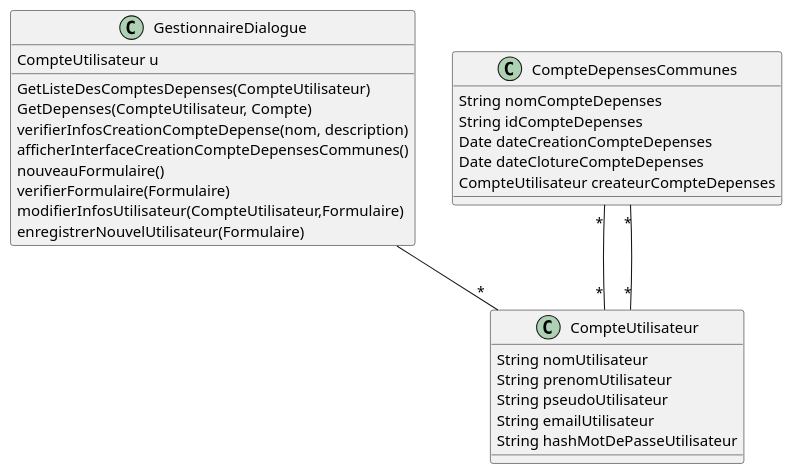
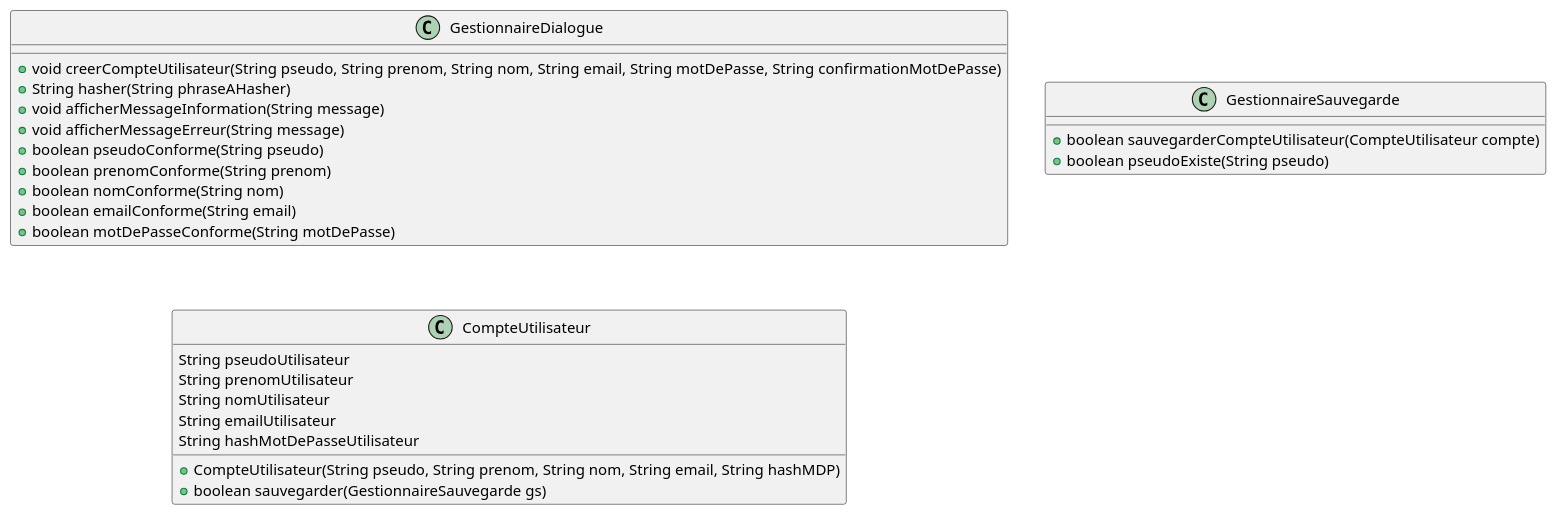
One commit to lmtb06/sharecount changed the diagram in diagrammes/conception/classes.puml. Above: the diagram before and after it, drawn with PlantUML. The commit also changed 2 other files, not shown here.

Commit message:
Mise à jour diagramme de classe de conception

```diff
--- a/diagrammes/conception/classes.puml
+++ b/diagrammes/conception/classes.puml
@@ -1,38 +1,31 @@
 @startuml Classes
 
 	class GestionnaireDialogue {
+		+void creerCompteUtilisateur(String pseudo, String prenom, String nom, String email, String motDePasse, String confirmationMotDePasse)
+		+String hasher(String phraseAHasher)
+		+void afficherMessageInformation(String message)
+		+void afficherMessageErreur(String message)
+		+boolean pseudoConforme(String pseudo)
+		+boolean prenomConforme(String prenom)
+		+boolean nomConforme(String nom)
+		+boolean emailConforme(String email)
+		+boolean motDePasseConforme(String motDePasse)
+	}
 
+	class GestionnaireSauvegarde {
+		+boolean sauvegarderCompteUtilisateur(CompteUtilisateur compte)
+		+boolean pseudoExiste(String pseudo)
 	}
 
 	class CompteUtilisateur {
+		String pseudoUtilisateur
+		String prenomUtilisateur
 		String nomUtilisateur
-		String prenomUtilisateur
-		String pseudoUtilisateur
 		String emailUtilisateur
 		String hashMotDePasseUtilisateur
-	}
-	CompteDepensesCommunes "*"--"*" CompteUtilisateur
-
-	class GestionnaireDialogue {
-		CompteUtilisateur u
-		GetListeDesComptesDepenses(CompteUtilisateur)
-		GetDepenses(CompteUtilisateur, Compte)
-		verifierInfosCreationCompteDepense(nom, description)
-		afficherInterfaceCreationCompteDepensesCommunes()
-		nouveauFormulaire()
-		verifierFormulaire(Formulaire)
-		modifierInfosUtilisateur(CompteUtilisateur,Formulaire)
-		enregistrerNouvelUtilisateur(Formulaire)
+		+CompteUtilisateur(String pseudo, String prenom, String nom, String email, String hashMDP)
+		+boolean sauvegarder(GestionnaireSauvegarde gs)
 	}
 
-	class CompteDepensesCommunes {
-		String nomCompteDepenses
-		String idCompteDepenses
-		Date dateCreationCompteDepenses
-		Date dateClotureCompteDepenses
-		CompteUtilisateur createurCompteDepenses
-	}
-	CompteDepensesCommunes "*"--"*" CompteUtilisateur
-	GestionnaireDialogue --"*" CompteUtilisateur
 
 @enduml
```
